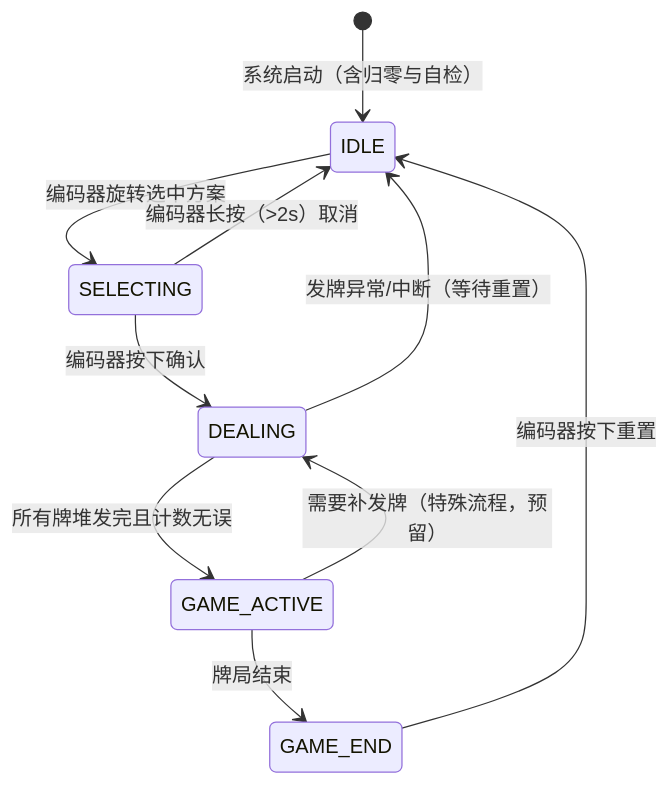
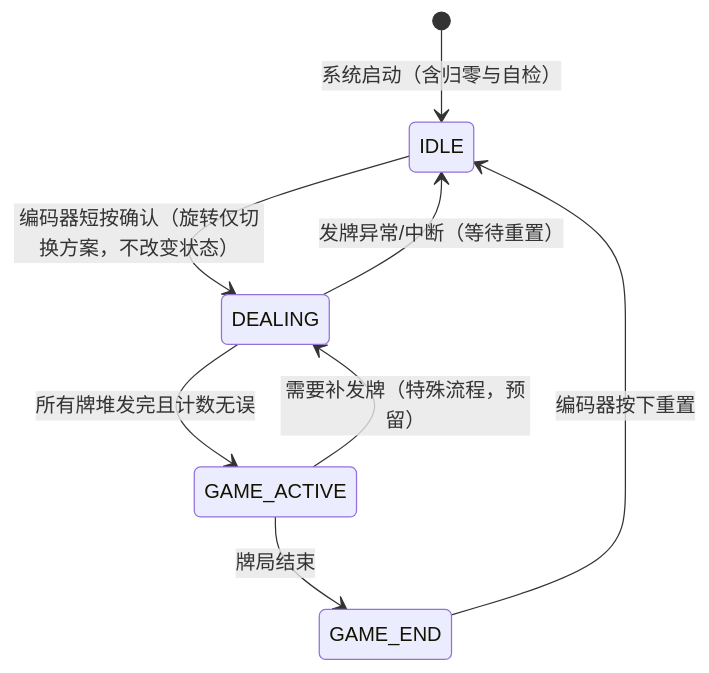
One commit to psh25/Poker changed the first of 2 diagrams in docs/architecture_v2.md. Above: the diagram before and after it, drawn with Mermaid. The commit also changed other lines of this file and 15 other files, not shown here.

````diff
--- a/docs/architecture_v2.md
+++ b/docs/architecture_v2.md
@@ -219,12 +218,10 @@
 ```mermaid
 stateDiagram-v2
     [*] --> IDLE : 系统启动（含归零与自检）
-    IDLE --> SELECTING : 编码器旋转选中方案
-    SELECTING --> IDLE : 编码器长按（>2s）取消
-    SELECTING --> DEALING : 编码器按下确认
+    IDLE --> DEALING : 编码器短按确认（旋转仅切换方案，不改变状态）
     DEALING --> GAME_ACTIVE : 所有牌堆发完且计数无误
     DEALING --> IDLE : 发牌异常/中断（等待重置）
     GAME_ACTIVE --> GAME_END : 牌局结束
     GAME_ACTIVE --> DEALING : 需要补发牌（特殊流程，预留）
     GAME_END --> IDLE : 编码器按下重置
 ```
````
